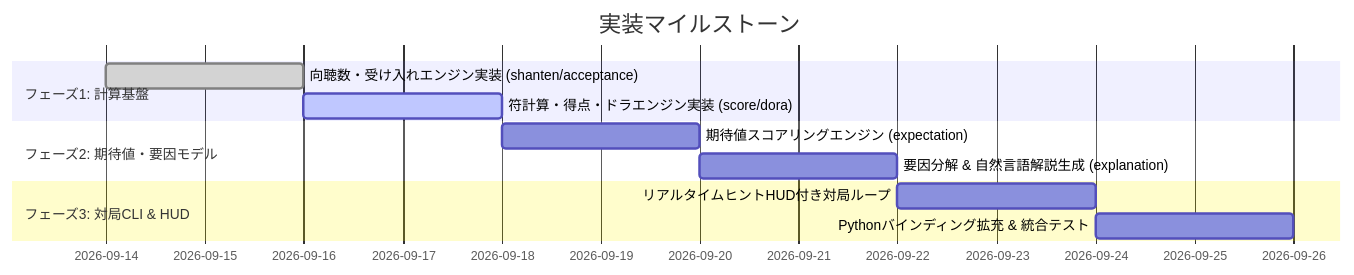
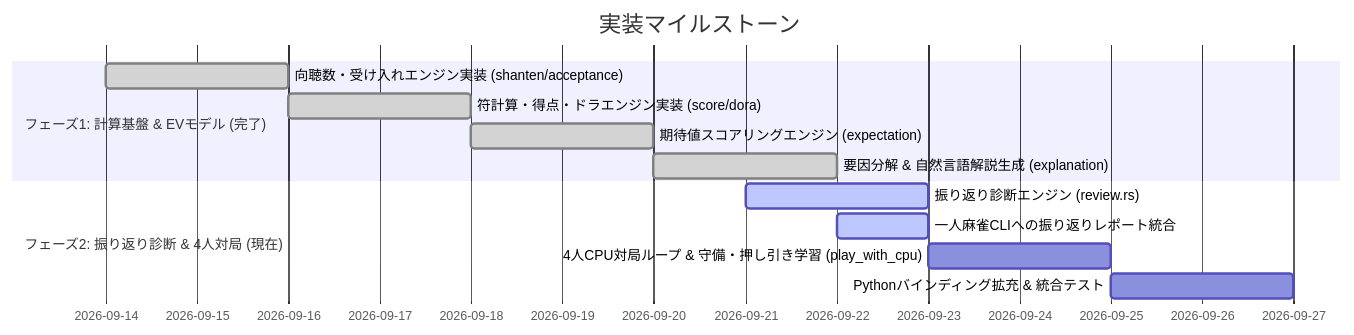
Before and after one commit to applyuser160/mahjong-definition: the sixth of 6 diagrams in docs/design/expectation-learning-tool.md, drawn with Mermaid. The commit also changed other lines of this file and 1 other file, not shown here.

Commit message:
docs: add requirements and design for review tracker and 4-player CPU match

````diff
--- a/docs/design/expectation-learning-tool.md
+++ b/docs/design/expectation-learning-tool.md
@@ -199,14 +257,15 @@
 ```mermaid
 gantt
     title 実装マイルストーン
     dateFormat  YYYY-MM-DD
-    section フェーズ1: 計算基盤
+    section フェーズ1: 計算基盤 & EVモデル (完了)
     向聴数・受け入れエンジン実装 (shanten/acceptance) :done, 2026-09-14, 2d
-    符計算・得点・ドラエンジン実装 (score/dora)      :active, 2026-09-16, 2d
-    section フェーズ2: 期待値・要因モデル
-    期待値スコアリングエンジン (expectation)        :2026-09-18, 2d
-    要因分解 & 自然言語解説生成 (explanation)       :2026-09-20, 2d
-    section フェーズ3: 対局CLI & HUD
-    リアルタイムヒントHUD付き対局ループ             :2026-09-22, 2d
-    Pythonバインディング拡充 & 統合テスト           :2026-09-24, 2d
+    符計算・得点・ドラエンジン実装 (score/dora)      :done, 2026-09-16, 2d
+    期待値スコアリングエンジン (expectation)        :done, 2026-09-18, 2d
+    要因分解 & 自然言語解説生成 (explanation)       :done, 2026-09-20, 2d
+    section フェーズ2: 振り返り診断 & 4人対局 (現在)
+    振り返り診断エンジン (review.rs)                :active, 2026-09-21, 2d
+    一人麻雀CLIへの振り返りレポート統合             :active, 2026-09-22, 1d
+    4人CPU対局ループ & 守備・押し引き学習 (play_with_cpu) :2026-09-23, 2d
+    Pythonバインディング拡充 & 統合テスト           :2026-09-25, 2d
 ```
````
